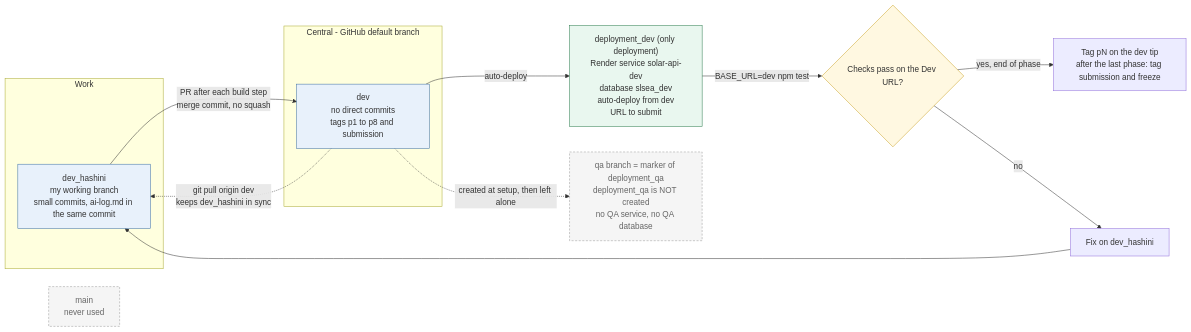
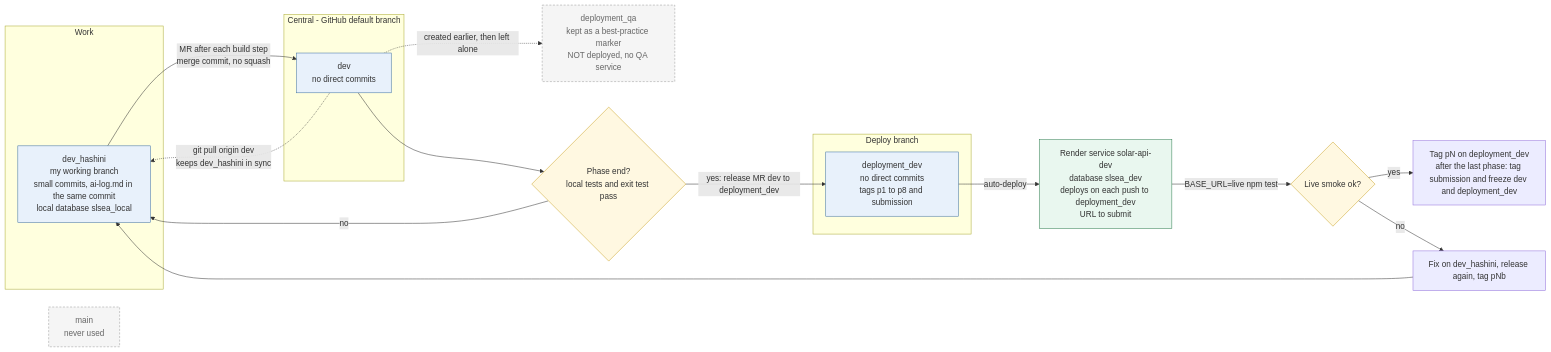
One commit to hashiniRanasinghe/solar-api changed the diagram in docs/docs/design/diagrams/11-branching-and-environments.mmd. Above: the diagram before and after it, drawn with Mermaid. The commit also changed 7 other files, not shown here.

First line of the commit message:
docs: update STUDENT_PLAYBOOK.md with new deployment process and branch structure

```diff
--- a/docs/docs/design/diagrams/11-branching-and-environments.mmd
+++ b/docs/docs/design/diagrams/11-branching-and-environments.mmd
@@ -1,35 +1,43 @@
-%% 11-branching-and-environments.mmd - Branching strategy and deployment path
+%% 11-branching-and-environments.mmd - Branching strategy and release path
 %% Basis: BRIEF §7.3, §13 (incremental history, shared repo); PLAN §12.
-%% DECIDED (YOU): branches dev_hashini and dev; qa kept as a best-practice marker and NOT deployed; main never used;
-%% the only deployment is Dev, from dev, and it is the submitted URL. PROPOSAL: PR gates, tags, freeze rule.
+%% DECIDED (YOU): dev_hashini -> dev -> deployment_dev (deploy branch); deployment_qa is a marker and NOT deployed; main never used;
+%% the only deployment tracks deployment_dev and is the submitted URL.
+%% PROPOSAL: MR gates, release only at phase end, tags on deployment_dev, freeze rule, default branch dev, local database slsea_local.
 flowchart LR
   subgraph WORK["Work"]
-    HB["dev_hashini<br/>my working branch<br/>small commits, ai-log.md in the same commit"]
+    HB["dev_hashini<br/>my working branch<br/>small commits, ai-log.md in the same commit<br/>local database slsea_local"]
   end
 
   subgraph CENTRAL["Central - GitHub default branch"]
-    DV["dev<br/>no direct commits<br/>tags p1 to p8 and submission"]
+    DV["dev<br/>no direct commits"]
   end
 
-  DENV["deployment_dev (only deployment)<br/>Render service solar-api-dev<br/>database slsea_dev<br/>auto-deploy from dev<br/>URL to submit"]
+  subgraph DEPLOY["Deploy branch"]
+    DP["deployment_dev<br/>no direct commits<br/>tags p1 to p8 and submission"]
+  end
 
-  QAB["qa branch = marker of deployment_qa<br/>deployment_qa is NOT created<br/>no QA service, no QA database"]
+  DENV["Render service solar-api-dev<br/>database slsea_dev<br/>deploys on each push to deployment_dev<br/>URL to submit"]
+
+  QAB["deployment_qa<br/>kept as a best-practice marker<br/>NOT deployed, no QA service"]
   NOMAIN["main<br/>never used"]
 
-  HB -- "PR after each build step<br/>merge commit, no squash" --> DV
-  DV -- "auto-deploy" --> DENV
-  DENV -- "BASE_URL=dev npm test" --> G1{"Checks pass on the Dev URL?"}
-  G1 -- "yes, end of phase" --> TAG["Tag pN on the dev tip<br/>after the last phase: tag submission and freeze"]
-  G1 -- "no" --> FIX["Fix on dev_hashini"]
+  HB -- "MR after each build step<br/>merge commit, no squash" --> DV
+  DV -. "git pull origin dev<br/>keeps dev_hashini in sync" .-> HB
+  DV --> G1{"Phase end?<br/>local tests and exit test pass"}
+  G1 -- "no" --> HB
+  G1 -- "yes: release MR dev to deployment_dev" --> DP
+  DP -- "auto-deploy" --> DENV
+  DENV -- "BASE_URL=live npm test" --> G2{"Live smoke ok?"}
+  G2 -- "yes" --> TAG["Tag pN on deployment_dev<br/>after the last phase: tag submission and freeze dev and deployment_dev"]
+  G2 -- "no" --> FIX["Fix on dev_hashini, release again, tag pNb"]
   FIX --> HB
-  DV -. "git pull origin dev<br/>keeps dev_hashini in sync" .-> HB
-  DV -. "created at setup, then left alone" .-> QAB
+  DV -. "created earlier, then left alone" .-> QAB
 
   classDef branch fill:#e8f1fb,stroke:#3b6ea5
   classDef env fill:#e9f7ef,stroke:#2e7d4f
   classDef gate fill:#fff8e1,stroke:#c9a227
   classDef unused fill:#f5f5f5,stroke:#999,stroke-dasharray:4 3,color:#666
-  class HB,DV branch
+  class HB,DV,DP branch
   class DENV env
-  class G1 gate
+  class G1,G2 gate
   class QAB,NOMAIN unused
```
